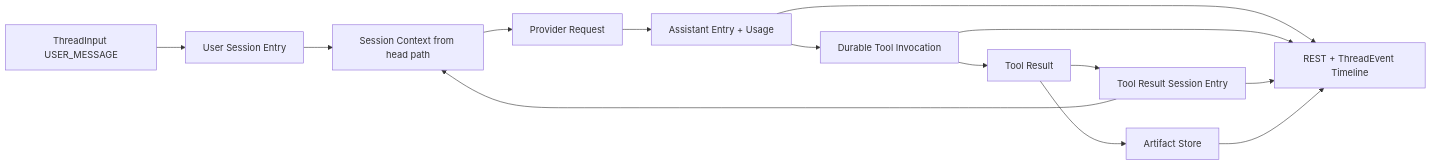
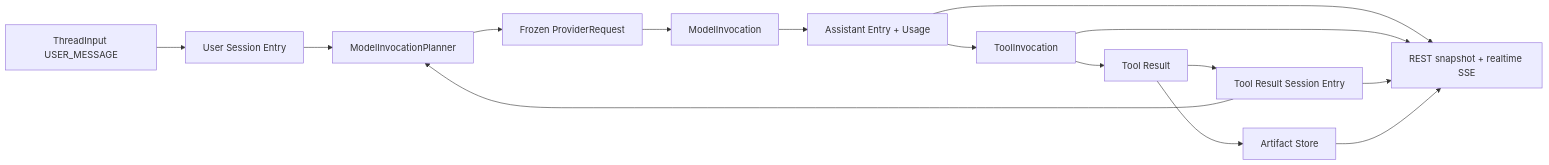
Before and after one commit to fengwk/kk-studio: the diagram in docs/technical-solution/prompt-to-artifact.md, drawn with Mermaid. The commit also changed other lines of this file and 27 other files, not shown here.

Commit message:
docs(harness): align architecture and rebuild workflow

````diff
--- a/docs/technical-solution/prompt-to-artifact.md
+++ b/docs/technical-solution/prompt-to-artifact.md
@@ -7,21 +7,22 @@
 ```mermaid
 flowchart LR
     Input[ThreadInput USER_MESSAGE]
     Entry[User Session Entry]
-    Context[Session Context from head path]
-    Provider[Provider Request]
+    Plan[ModelInvocationPlanner]
+    Provider[Frozen ProviderRequest]
+    MI[ModelInvocation]
     Assistant[Assistant Entry + Usage]
-    Invocation[Durable Tool Invocation]
+    Invocation[ToolInvocation]
     Result[Tool Result]
     Artifact[Artifact Store]
     ToolEntry[Tool Result Session Entry]
-    UI[REST + ThreadEvent Timeline]
+    UI[REST snapshot + realtime SSE]
 
-    Input --> Entry --> Context --> Provider --> Assistant --> Invocation --> Result
+    Input --> Entry --> Plan --> Provider --> MI --> Assistant --> Invocation --> Result
     Result --> Artifact
-    Result --> ToolEntry --> Context
+    Result --> ToolEntry --> Plan
     Assistant --> UI
     Invocation --> UI
     ToolEntry --> UI
     Artifact --> UI
 ```
````
